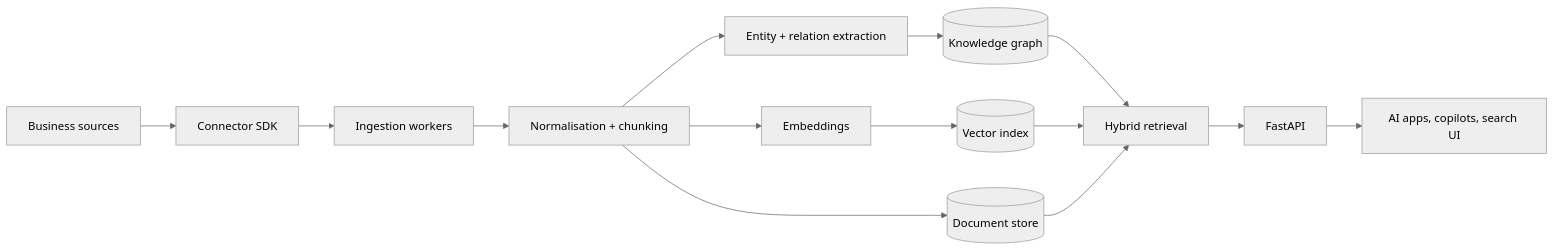
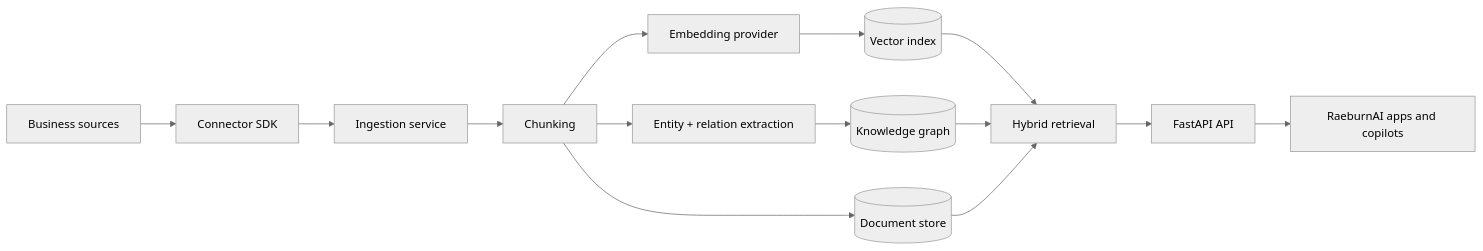
One commit to Raebu/Universal-AI-Knowledge-Graph changed the second of 2 diagrams in README.md. Above: the diagram before and after it, drawn with Mermaid (neutral theme). The commit also changed other lines of this file, not shown here.

Commit message:
Standardise README for RaeburnAI ecosystem

````diff
--- a/README.md
+++ b/README.md
@@ -40,16 +83,16 @@
 ```mermaid
 flowchart LR
   Sources[Business sources] --> Connectors[Connector SDK]
-  Connectors --> Ingestion[Ingestion workers]
-  Ingestion --> Normalise[Normalisation + chunking]
-  Normalise --> Extract[Entity + relation extraction]
-  Normalise --> Embed[Embeddings]
-  Extract --> Graph[(Knowledge graph)]
-  Embed --> Vector[(Vector index)]
-  Normalise --> Store[(Document store)]
-  Graph --> Retrieval[Hybrid retrieval]
-  Vector --> Retrieval
+  Connectors --> Ingestion[Ingestion service]
+  Ingestion --> Chunks[Chunking]
+  Chunks --> Embeddings[Embedding provider]
+  Chunks --> Extraction[Entity + relation extraction]
+  Embeddings --> Vector[(Vector index)]
+  Extraction --> Graph[(Knowledge graph)]
+  Chunks --> Store[(Document store)]
+  Vector --> Retrieval[Hybrid retrieval]
+  Graph --> Retrieval
   Store --> Retrieval
-  Retrieval --> API[FastAPI]
-  API --> Apps[AI apps, copilots, search UI]
+  Retrieval --> API[FastAPI API]
+  API --> Apps[RaeburnAI apps and copilots]
 ```
````
